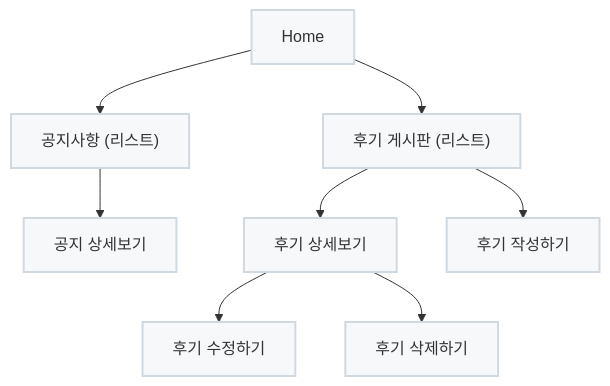
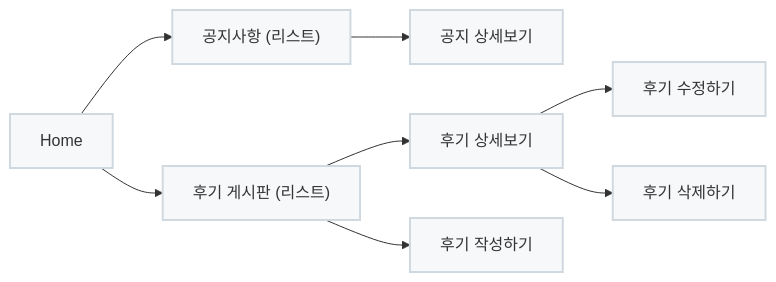
Before and after one commit to eunji-ad/color_mode: the diagram in README.md, drawn with Mermaid. The commit also changed other lines of this file, not shown here.

````diff
--- a/README.md
+++ b/README.md
@@ -100,25 +100,25 @@
 ```mermaid
-flowchart TD
+flowchart LR
     Home --> NoticeList["공지사항 (리스트)"]
     NoticeList --> NoticeDetail["공지 상세보기"]
 
     Home --> ReviewList["후기 게시판 (리스트)"]
     ReviewList --> ReviewDetail["후기 상세보기"]
     ReviewList --> ReviewWrite["후기 작성하기"]
 
     ReviewDetail --> ReviewEdit["후기 수정하기"]
     ReviewDetail --> ReviewDelete["후기 삭제하기"]
 
 
     %% 스타일 정의
     classDef home fill:#F6F8FA,color:#333,stroke:#D1D9E0,stroke-width:2px, padding:0px;
     classDef list fill:#F6F8FA,color:#333,stroke:#D1D9E0,stroke-width:2px, padding:0px;
     classDef detail fill:#F6F8FA,color:#333,stroke:#D1D9E0,stroke-width:2px, padding:0px;
     classDef action fill:#F6F8FA,color:#333,stroke:#D1D9E0,stroke-width:2px, padding:0px;
 
     %% 스타일 적용
     class Home home;
     class NoticeList,ReviewList list;
     class NoticeDetail,ReviewDetail detail;
     class ReviewWrite,ReviewEdit,ReviewDelete action;
 ```
````
